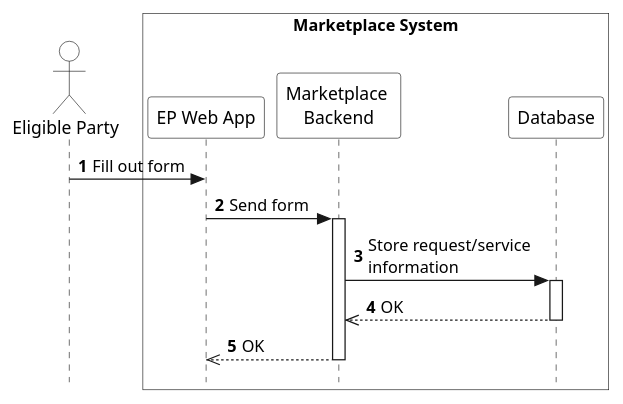
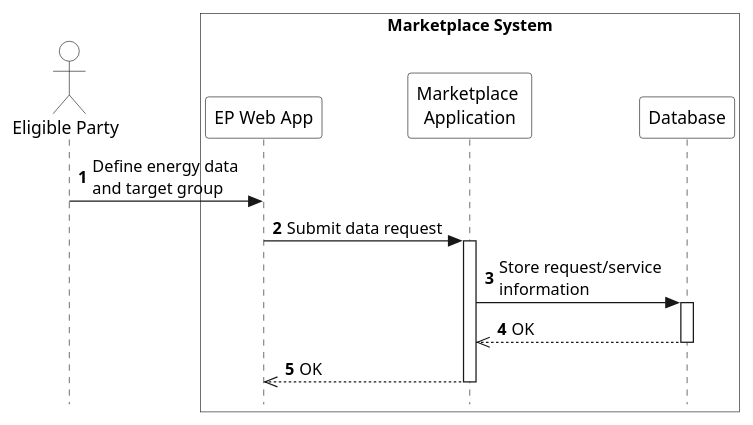
One commit to eddie-energy/architecture changed the diagram in arc42/marketplace/runtime-view/figures/marketplace-create-request.puml. Above: the diagram before and after it, drawn with PlantUML. The commit also changed 17 other files, not shown here.

Commit message:
Part of #82: renamed Marketplace Backend to Marketplace Application. Updated workflows in Runtime View.

```diff
--- a/arc42/marketplace/runtime-view/figures/marketplace-create-request.puml
+++ b/arc42/marketplace/runtime-view/figures/marketplace-create-request.puml
@@ -1,29 +1,29 @@
 @startuml marketplace-create-request
 
 skinparam style strictuml
 skinparam sequence {
   ParticipantBackgroundColor transparent
   ActorBackgroundColor transparent
 }
 
 autonumber
 !pragma teoz true
 
 actor "Eligible Party" as ep
 box "Marketplace System" #transparent
   participant "EP Web App" as app
-  participant "Marketplace \nBackend" as marketplace
+  participant "Marketplace \nApplication" as marketplace
   participant "Database" as database
 end box
 
-ep -> app : Fill out form
-app -> marketplace : Send form
+ep -> app : Define energy data \nand target group
+app -> marketplace : Submit data request
 activate marketplace
 marketplace -> database : Store request/service \ninformation
 activate database
 database -->> marketplace : OK
 deactivate database
 marketplace -->> app : OK
 deactivate marketplace
 
 @enduml
```
